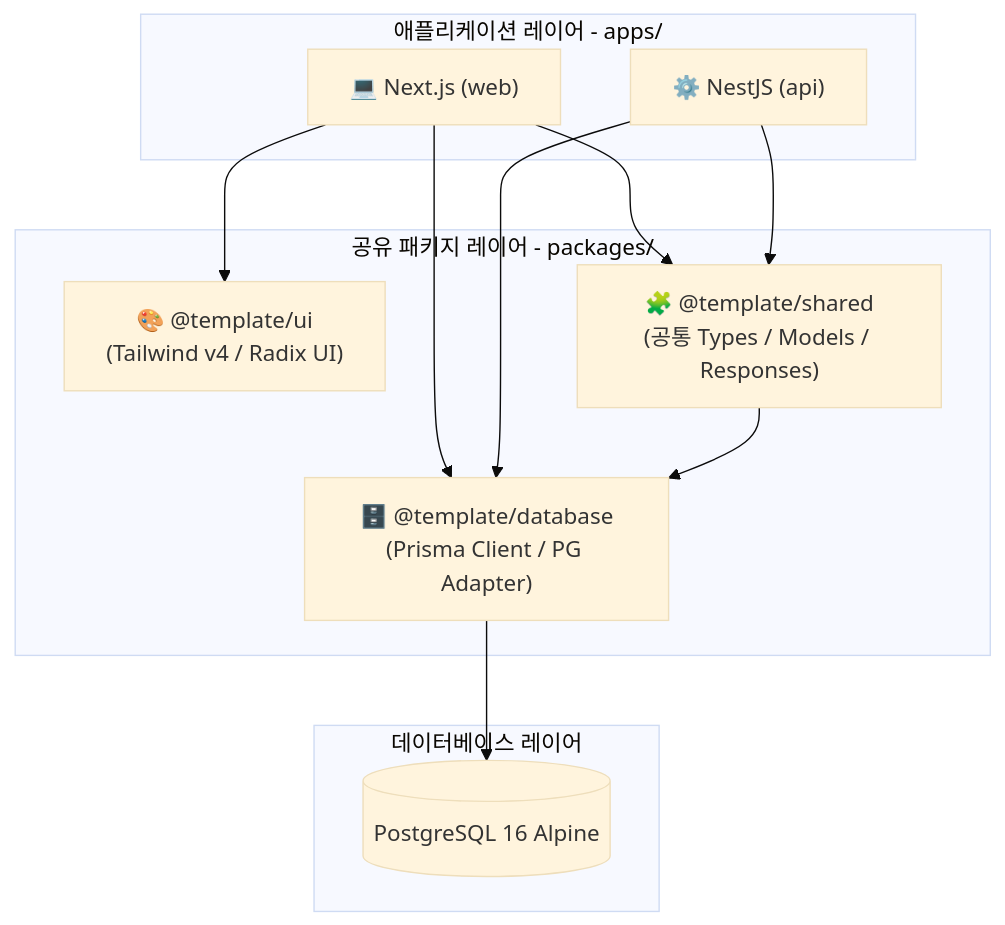
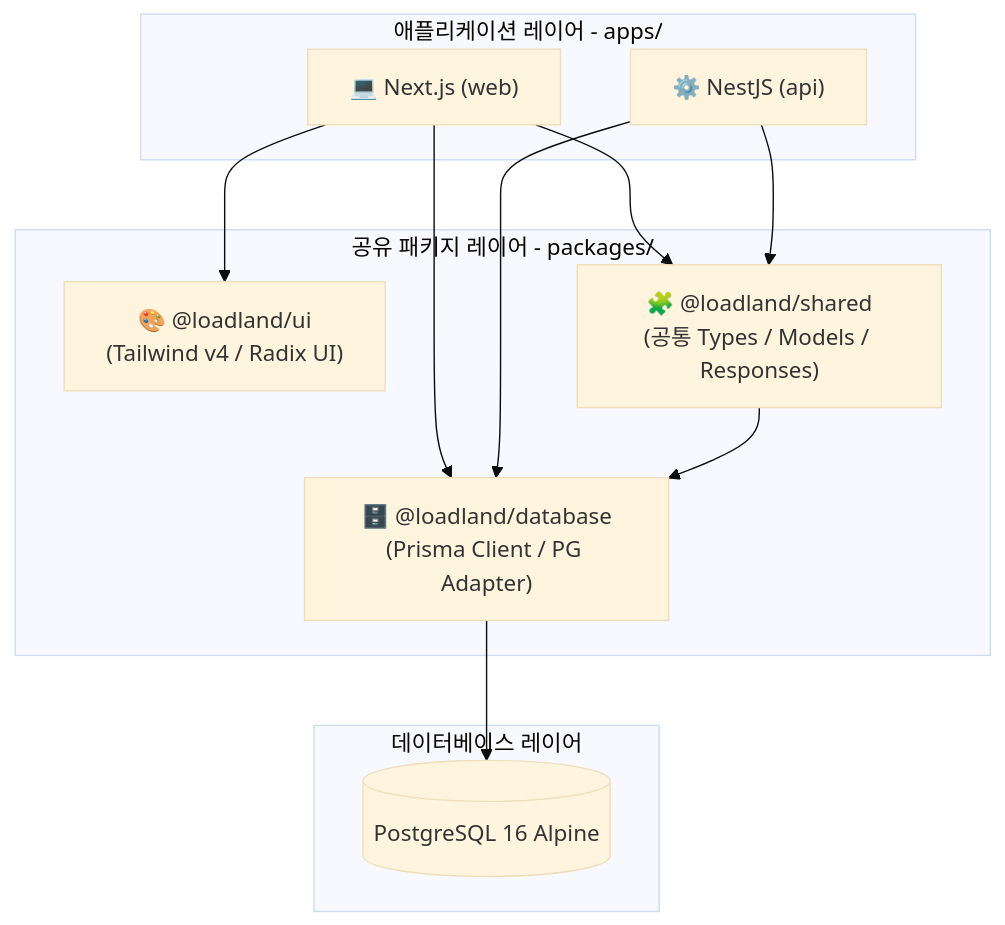
Before and after one commit to doyeonism/hyundai-app-roadland-server: the diagram in README.md, drawn with Mermaid (base theme). The commit also changed other lines of this file and 107 other files, not shown here.

First line of the commit message:
Rename the template workspace to loadland

````diff
--- a/README.md
+++ b/README.md
@@ -11,26 +11,26 @@
 ```mermaid
 graph TD
     subgraph Apps [애플리케이션 레이어 - apps/]
         Web["💻 Next.js (web)"]
         API["⚙️ NestJS (api)"]
     end
 
     subgraph Packages [공유 패키지 레이어 - packages/]
-        UI["🎨 @template/ui<br>(Tailwind v4 / Radix UI)"]
-        Shared["🧩 @template/shared<br>(공통 Types / Models / Responses)"]
-        DB["🗄️ @template/database<br>(Prisma Client / PG Adapter)"]
+        UI["🎨 @loadland/ui<br>(Tailwind v4 / Radix UI)"]
+        Shared["🧩 @loadland/shared<br>(공통 Types / Models / Responses)"]
+        DB["🗄️ @loadland/database<br>(Prisma Client / PG Adapter)"]
     end
 
     subgraph Data [데이터베이스 레이어]
         Postgres[(PostgreSQL 16 Alpine)]
     end
 
     %% 의존성 관계
     Web --> UI
     Web --> Shared
     Web --> DB
     API --> Shared
     API --> DB
     DB --> Postgres
     Shared --> DB
 ```
````
